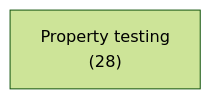
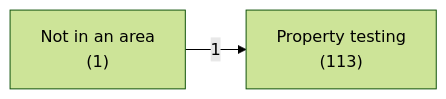
Before and after one commit to ruudkoot/rune: the first of 3 diagrams in docs/lib/test/property-basis/depends.md, drawn with Mermaid (forest theme). The commit also changed other lines of this file and 108 other files, not shown here.

````diff
--- a/docs/lib/test/property-basis/depends.md
+++ b/docs/lib/test/property-basis/depends.md
@@ -24,4 +24,6 @@
 ```mermaid
 flowchart LR
-  a0["Property testing<br>(28)"]
+  a0["Property testing<br>(113)"]
+  a1["Not in an area<br>(1)"]
+  a1 -- 1 --> a0
 ```
````
